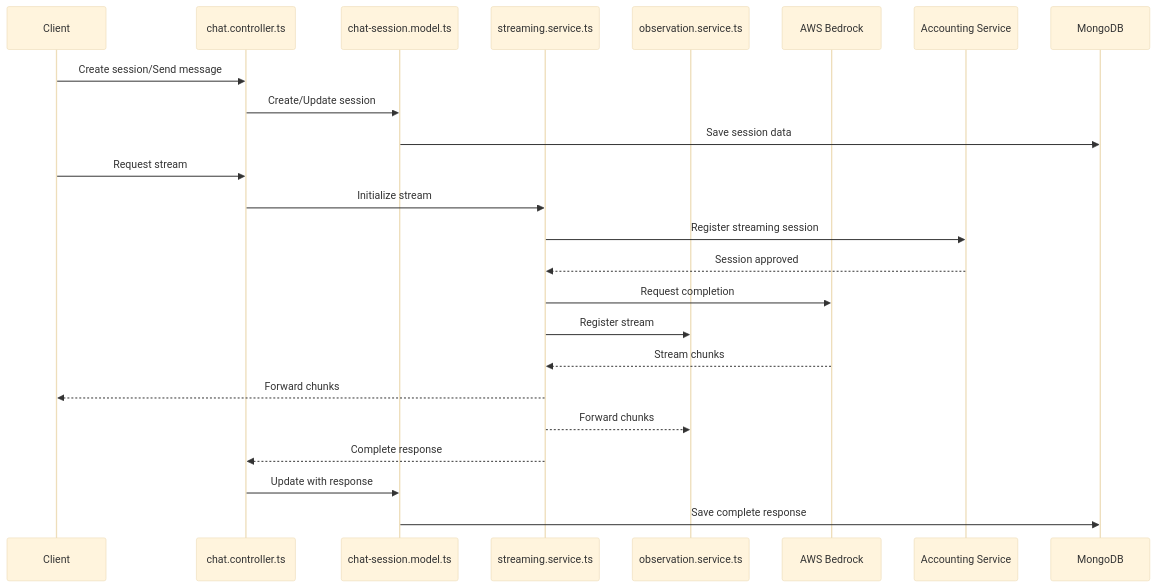
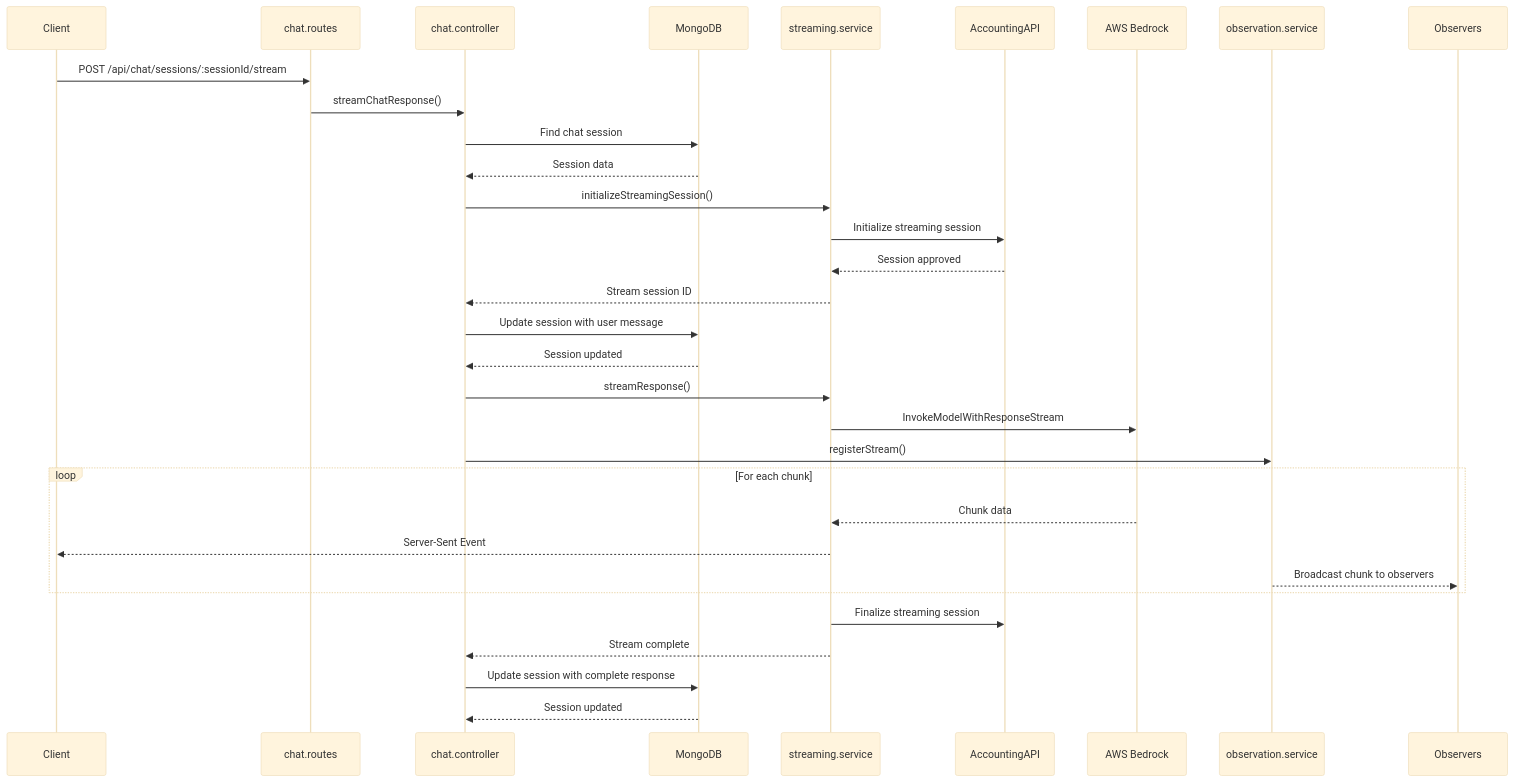
The third of 7 diagrams in services/chat-service/Doc/ChatServiceCodeMap.md (enoch-sit/tool-chatbot-boilerplate), drawn with Mermaid (base theme) before and after one commit. The commit also changed other lines of this file and 9 other files, not shown here.

````diff
--- a/services/chat-service/Doc/ChatServiceCodeMap.md
+++ b/services/chat-service/Doc/ChatServiceCodeMap.md
@@ -103,27 +142,39 @@
 ```mermaid
 sequenceDiagram
-    participant Client as Client
-    participant ChatController as chat.controller.ts
-    participant ChatSession as chat-session.model.ts
-    participant StreamingService as streaming.service.ts
-    participant ObservationManager as observation.service.ts
-    participant Bedrock as AWS Bedrock
-    participant Accounting as Accounting Service
-    participant MongoDB as MongoDB
+    participant Client
+    participant Routes as chat.routes
+    participant Controller as chat.controller
+    participant MongoDB
+    participant StreamingService as streaming.service
+    participant AccountingAPI
+    participant BedrockAPI as AWS Bedrock
+    participant ObservationManager as observation.service
     
-    Client->>ChatController: Create session/Send message
-    ChatController->>ChatSession: Create/Update session
-    ChatSession->>MongoDB: Save session data
-    Client->>ChatController: Request stream
-    ChatController->>StreamingService: Initialize stream
-    StreamingService->>Accounting: Register streaming session
-    Accounting-->>StreamingService: Session approved
-    StreamingService->>Bedrock: Request completion
-    StreamingService->>ObservationManager: Register stream
-    Bedrock-->>StreamingService: Stream chunks
-    StreamingService-->>Client: Forward chunks
-    StreamingService-->>ObservationManager: Forward chunks
-    StreamingService-->>ChatController: Complete response
-    ChatController->>ChatSession: Update with response
-    ChatSession->>MongoDB: Save complete response
+    Client->>Routes: POST /api/chat/sessions/:sessionId/stream
+    Routes->>Controller: streamChatResponse()
+    Controller->>MongoDB: Find chat session
+    MongoDB-->>Controller: Session data
+    
+    Controller->>StreamingService: initializeStreamingSession()
+    StreamingService->>AccountingAPI: Initialize streaming session
+    AccountingAPI-->>StreamingService: Session approved
+    StreamingService-->>Controller: Stream session ID
+    
+    Controller->>MongoDB: Update session with user message
+    MongoDB-->>Controller: Session updated
+    
+    Controller->>StreamingService: streamResponse()
+    StreamingService->>BedrockAPI: InvokeModelWithResponseStream
+    Controller->>ObservationManager: registerStream()
+    
+    loop For each chunk
+        BedrockAPI-->>StreamingService: Chunk data
+        StreamingService-->>Client: Server-Sent Event
+        ObservationManager-->>Observers: Broadcast chunk to observers
+    end
+    
+    StreamingService->>AccountingAPI: Finalize streaming session
+    StreamingService-->>Controller: Stream complete
+    Controller->>MongoDB: Update session with complete response
+    MongoDB-->>Controller: Session updated
 ```
````
